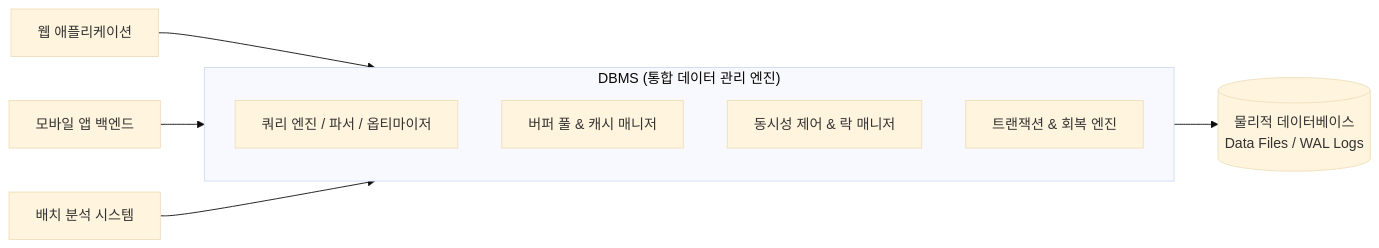
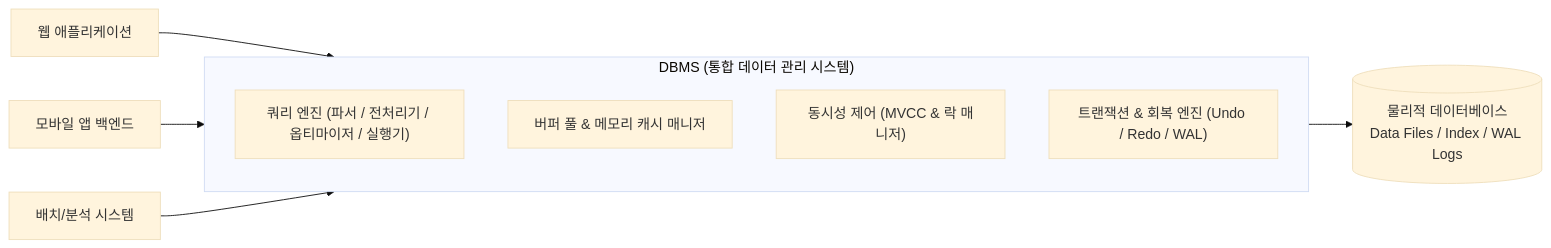
One commit to keimania/tech-notes changed the second of 37 diagrams in 07_데이터베이스_기술.md. Above: the diagram before and after it, drawn with Mermaid (base theme). The commit also changed other lines of this file and 12 other files, not shown here.

````diff
--- a/07_데이터베이스_기술.md
+++ b/07_데이터베이스_기술.md
@@ -50,15 +50,15 @@
 ```mermaid
 flowchart LR
-    App1[웹 애플리케이션] --> DBMS
-    App2[모바일 앱 백엔드] --> DBMS
-    App3[배치 분석 시스템] --> DBMS
+    App1["웹 애플리케이션"] --> DBMS
+    App2["모바일 앱 백엔드"] --> DBMS
+    App3["배치/분석 시스템"] --> DBMS
     
-    subgraph DBMS["DBMS (통합 데이터 관리 엔진)"]
-        Engine[쿼리 엔진 / 파서 / 옵티마이저]
-        Buffer[버퍼 풀 & 캐시 매니저]
-        Lock[동시성 제어 & 락 매니저]
-        Log[트랜잭션 & 회복 엔진]
+    subgraph DBMS["DBMS (통합 데이터 관리 시스템)"]
+        Engine["쿼리 엔진 (파서 / 전처리기 / 옵티마이저 / 실행기)"]
+        Buffer["버퍼 풀 & 메모리 캐시 매니저"]
+        Lock["동시성 제어 (MVCC & 락 매니저)"]
+        Log["트랜잭션 & 회복 엔진 (Undo / Redo / WAL)"]
     end
     
-    DBMS --> Storage[(물리적 데이터베이스<br/>Data Files / WAL Logs)]
+    DBMS --> Storage[("물리적 데이터베이스<br/>Data Files / Index / WAL Logs")]
 ```
````
